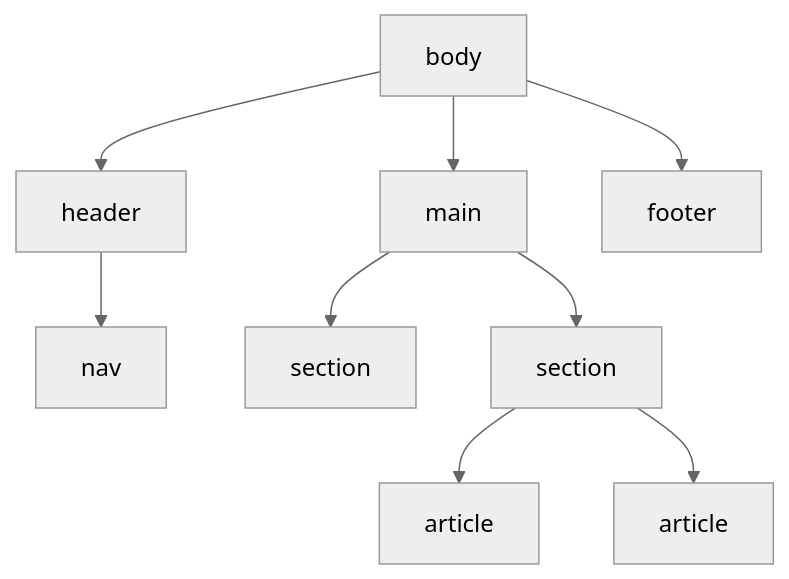
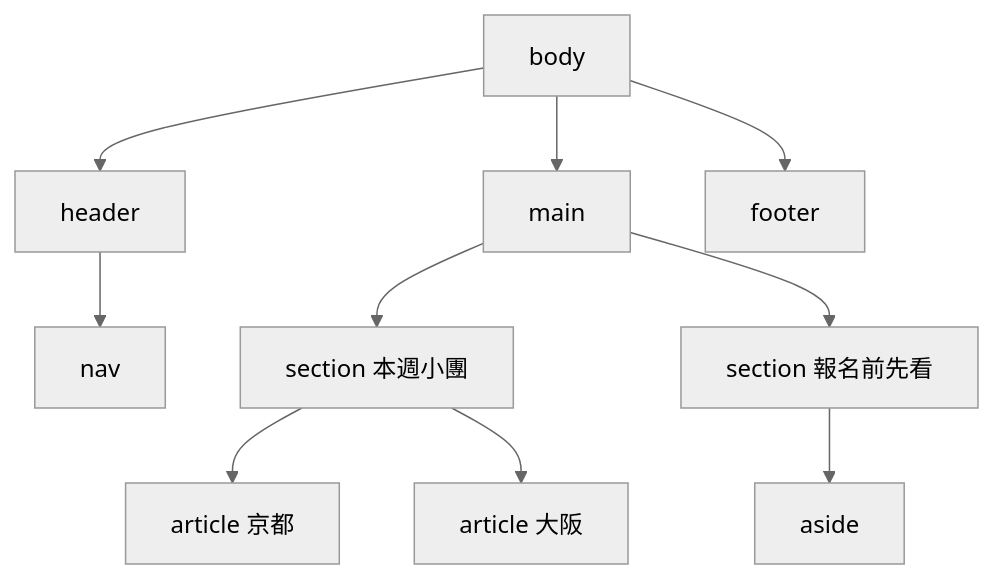
The diagram in source/_posts/lokiTech-15day-02-html.md (summer10920/summer10920.github.io), drawn with Mermaid (neutral theme) before and after one commit. The commit also changed other lines of this file and 2 other files, not shown here.

```diff
--- a/source/_posts/lokiTech-15day-02-html.md
+++ b/source/_posts/lokiTech-15day-02-html.md
@@ -152,10 +413,11 @@
 {% mermaid graph TD %}
 bodyNode["body"] --> headerNode["header"]
 bodyNode --> mainNode["main"]
 bodyNode --> footerNode["footer"]
 headerNode --> navNode["nav"]
-mainNode --> s1["section"]
-mainNode --> s2["section"]
-s2 --> a1["article"]
-s2 --> a2["article"]
+mainNode --> s1["section 本週小團"]
+mainNode --> s2["section 報名前先看"]
+s1 --> a1["article 京都"]
+s1 --> a2["article 大阪"]
+s2 --> asideNode["aside"]
 {% endmermaid %}
```
